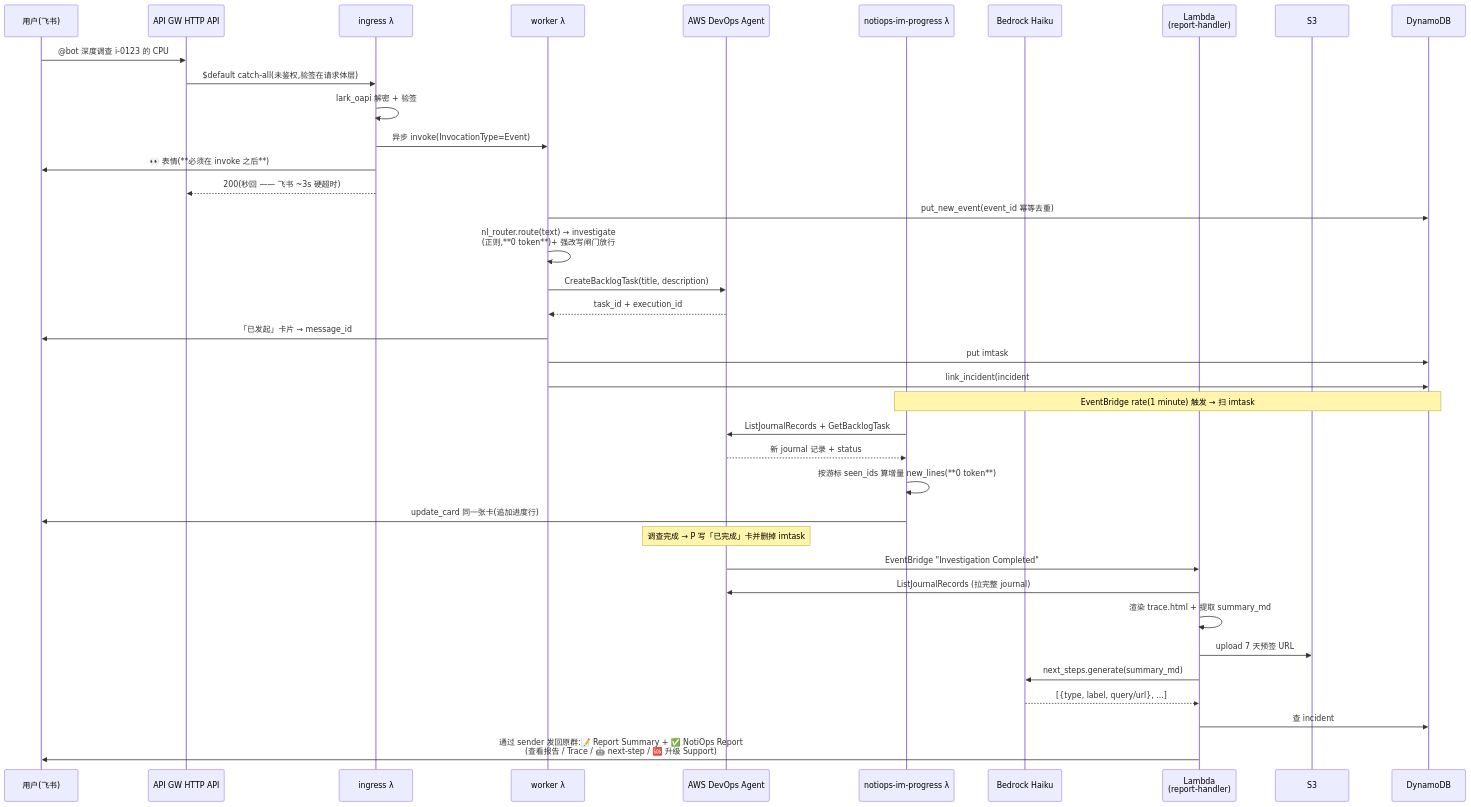
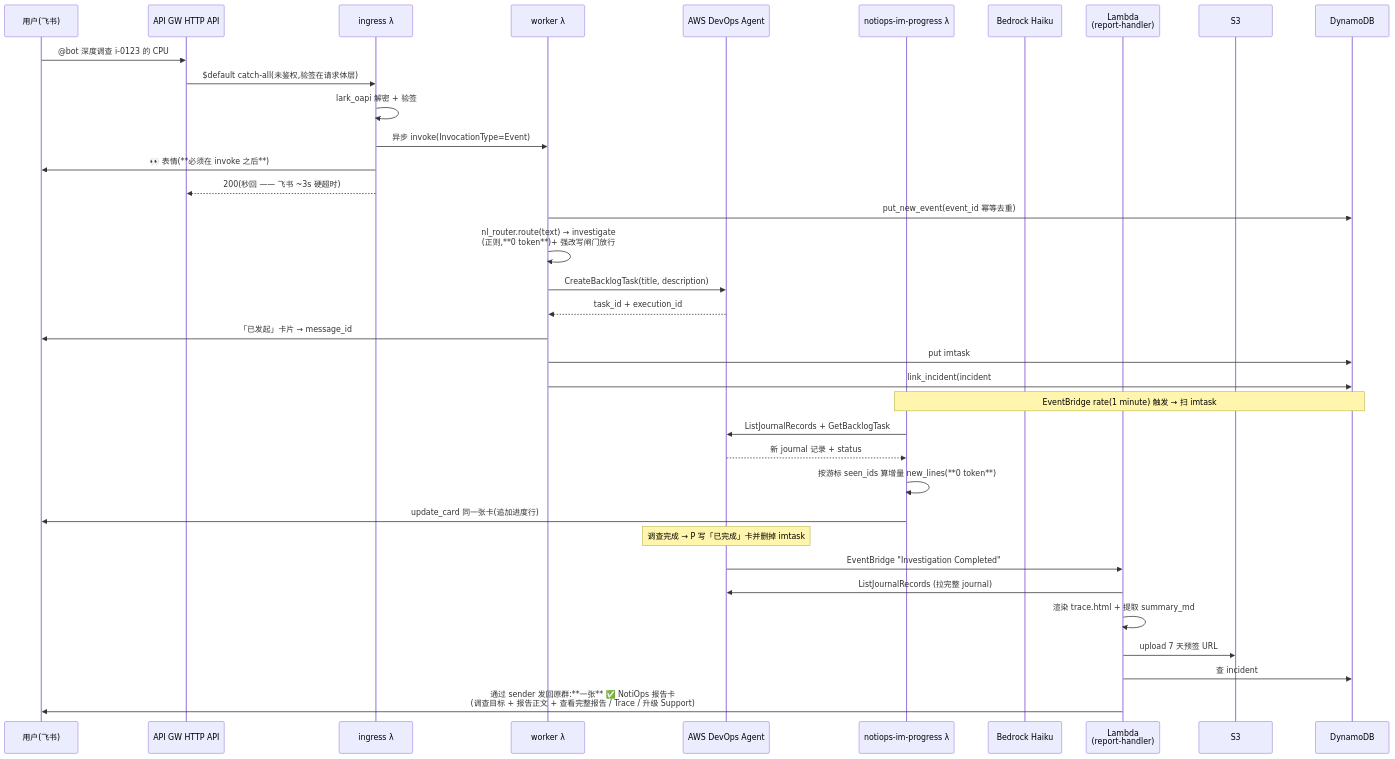
Before and after one commit to aws-samples/sample-notiops: the diagram in docs/TECHNICAL_DESIGN.md, drawn with Mermaid. The commit also changed other lines of this file and 33 other files, not shown here.

First line of the commit message:
release: NotiOps v1.0.22

````diff
--- a/docs/TECHNICAL_DESIGN.md
+++ b/docs/TECHNICAL_DESIGN.md
@@ -291,46 +291,44 @@
 ```mermaid
 sequenceDiagram
     participant U as 用户(飞书)
     participant GW as API GW HTTP API
     participant IN as ingress λ
     participant W as worker λ
     participant Agent as AWS DevOps Agent
     participant P as notiops-im-progress λ
     participant H as Bedrock Haiku
     participant L as Lambda<br/>(report-handler)
     participant S3 as S3
     participant DDB as DynamoDB
 
     U->>GW: @bot 深度调查 i-0123 的 CPU
     GW->>IN: $default catch-all(未鉴权,验签在请求体层)
     IN->>IN: lark_oapi 解密 + 验签
     IN->>W: 异步 invoke(InvocationType=Event)
     IN->>U: 👀 表情(**必须在 invoke 之后**)
     IN-->>GW: 200(秒回 —— 飞书 ~3s 硬超时)
 
     W->>DDB: put_new_event(event_id 幂等去重)
     W->>W: nl_router.route(text) → investigate<br/>(正则,**0 token**)+ 强改写闸门放行
     W->>Agent: CreateBacklogTask(title, description)
     Agent-->>W: task_id + execution_id
     W->>U: 「已发起」卡片 → message_id
     W->>DDB: put imtask#(execution_id / task_id / message_id / seen_ids)
     W->>DDB: link_incident(incident#xxx / task#xxx → chat_id)
 
     Note over P,DDB: EventBridge rate(1 minute) 触发 → 扫 imtask#
 
     P->>Agent: ListJournalRecords + GetBacklogTask
     Agent-->>P: 新 journal 记录 + status
     P->>P: 按游标 seen_ids 算增量 new_lines(**0 token**)
     P->>U: update_card 同一张卡(追加进度行)
 
     Note over Agent: 调查完成 → P 写「已完成」卡并删掉 imtask# 行
 
     Agent->>L: EventBridge "Investigation Completed"
     L->>Agent: ListJournalRecords (拉完整 journal)
     L->>L: 渲染 trace.html + 提取 summary_md
     L->>S3: upload 7 天预签 URL
-    L->>H: next_steps.generate(summary_md)
-    H-->>L: [{type, label, query/url}, ...]
     L->>DDB: 查 incident#xxx → 路由信息
-    L->>U: 通过 sender 发回原群:📝 Report Summary + ✅ NotiOps Report<br/>(查看报告 / Trace / 🤖 next-step / 🆘 升级 Support)
+    L->>U: 通过 sender 发回原群:**一张** ✅ NotiOps 报告卡<br/>(调查目标 + 报告正文 + 查看完整报告 / Trace / 升级 Support)
 ```
````
